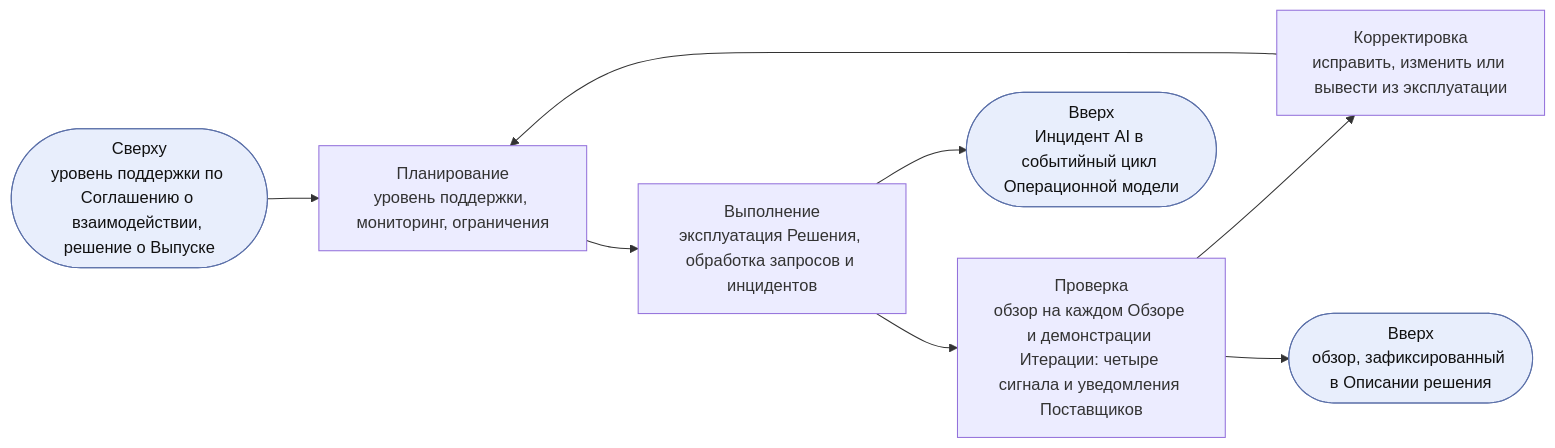
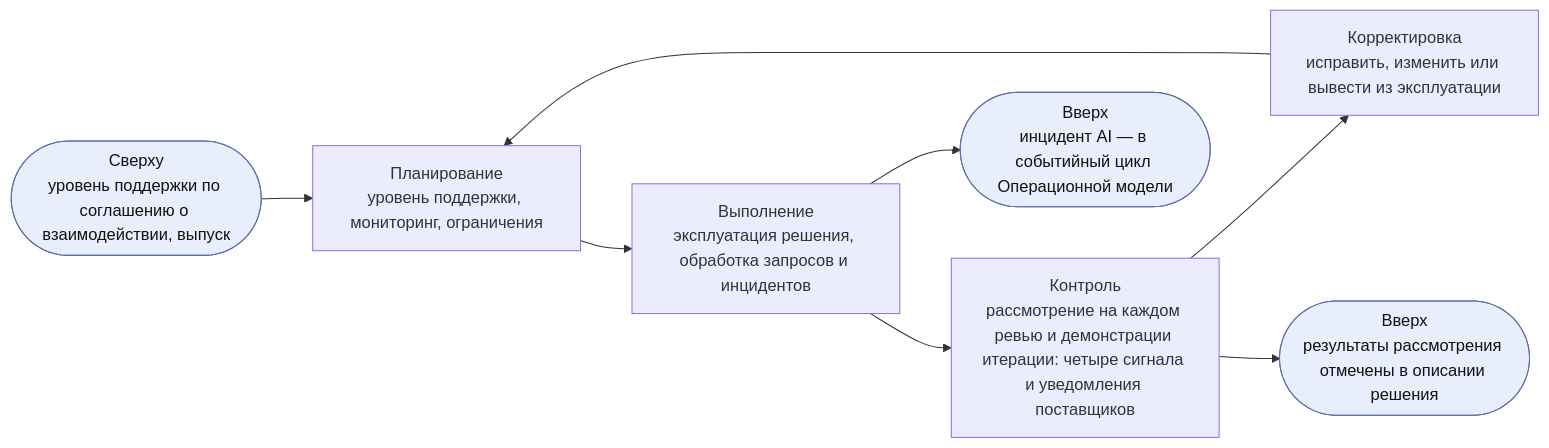
Diagram 11 of 13 in charter/ru/documents/solution-lifecycle-model.md (devhogu/ob-aicc), drawn with Mermaid before and after one commit. The commit also changed other lines of this file and 1 other file, not shown here.

````diff
--- a/charter/ru/documents/solution-lifecycle-model.md
+++ b/charter/ru/documents/solution-lifecycle-model.md
@@ -443,8 +443,8 @@
 ```mermaid
 flowchart LR
-  IN(["Сверху<br/>уровень поддержки по Соглашению о взаимодействии, решение о Выпуске"]):::iface --> P
-  P["Планирование<br/>уровень поддержки, мониторинг, ограничения"] --> D["Выполнение<br/>эксплуатация Решения, обработка запросов и инцидентов"] --> C["Проверка<br/>обзор на каждом Обзоре и демонстрации Итерации: четыре сигнала и уведомления Поставщиков"] --> A["Корректировка<br/>исправить, изменить или вывести из эксплуатации"] --> P
-  D --> EV(["Вверх<br/>Инцидент AI в событийный цикл Операционной модели"]):::iface
-  C --> UP(["Вверх<br/>обзор, зафиксированный в Описании решения"]):::iface
+  IN(["Сверху<br/>уровень поддержки по соглашению о взаимодействии, выпуск"]):::iface --> P
+  P["Планирование<br/>уровень поддержки, мониторинг, ограничения"] --> D["Выполнение<br/>эксплуатация решения, обработка запросов и инцидентов"] --> C["Контроль<br/>рассмотрение на каждом ревью и демонстрации итерации: четыре сигнала и уведомления поставщиков"] --> A["Корректировка<br/>исправить, изменить или вывести из эксплуатации"] --> P
+  D --> EV(["Вверх<br/>инцидент AI — в событийный цикл Операционной модели"]):::iface
+  C --> UP(["Вверх<br/>результаты рассмотрения отмечены в описании решения"]):::iface
   classDef iface fill:#e8eefc,stroke:#5a6fa8,color:#111
 ```
````
